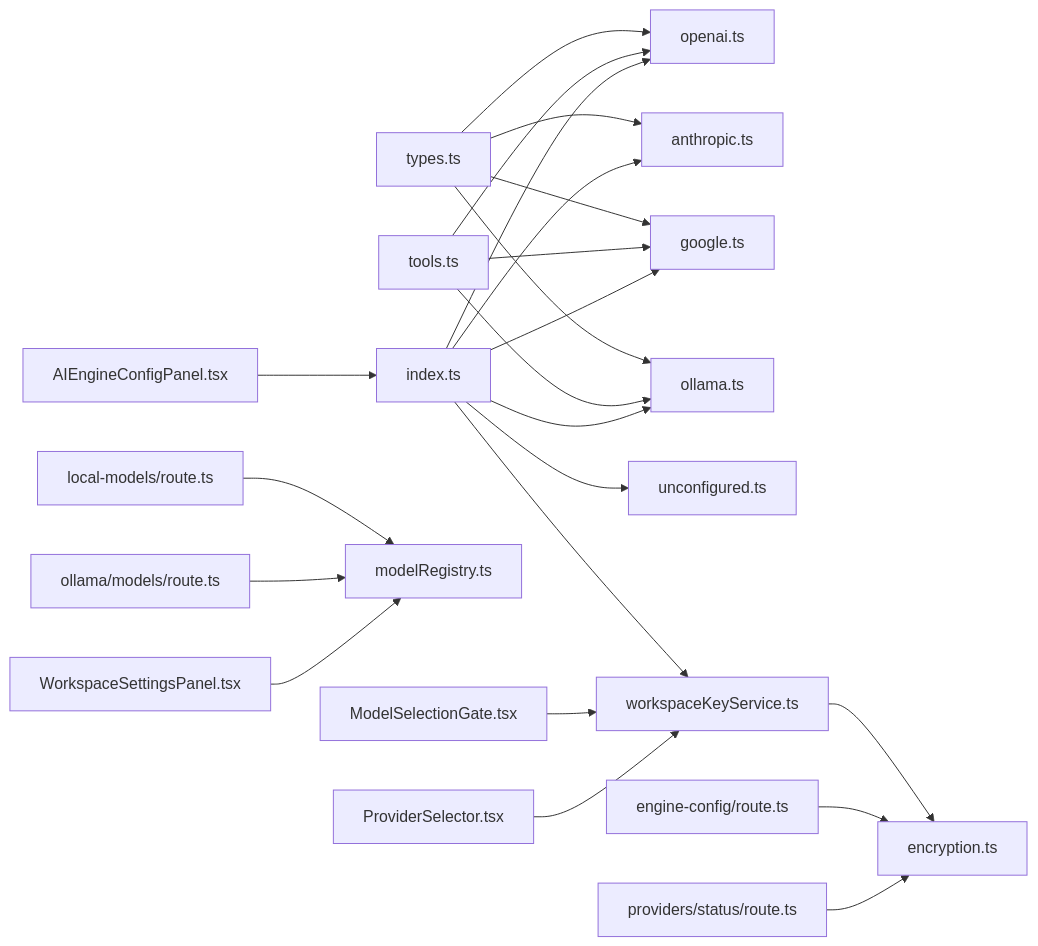
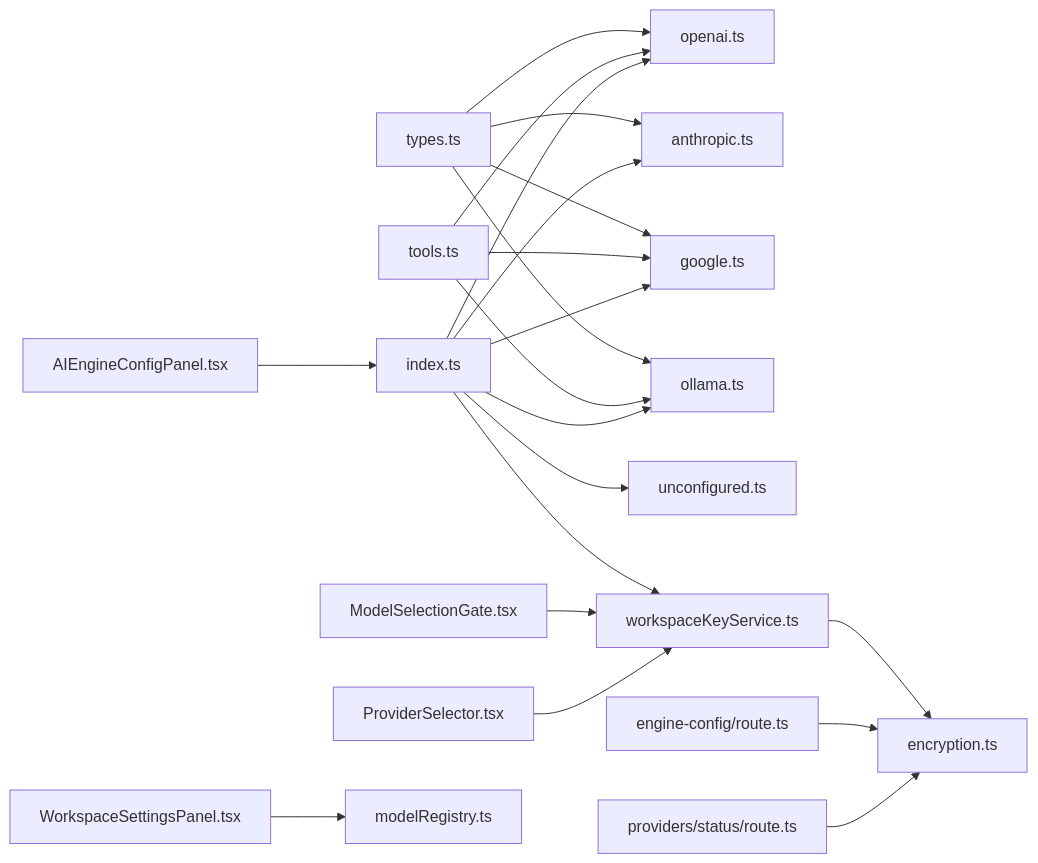
Before and after one commit to shekhargiri005-dotcom/AI-powered-accessibility-first-UI-engine: diagram 11 of 11 in .qoder/repowiki/en/content/AI Generation Engine/AI Provider Adapters/AI Provider Adapters.md, drawn with Mermaid. The commit also changed other lines of this file and 6 other files, not shown here.

First line of the commit message:
fix: VersionTimeline visibility and reduce inactivity timeout to 15min

````diff
--- a/.qoder/repowiki/en/content/AI Generation Engine/AI Provider Adapters/AI Provider Adapters.md
+++ b/.qoder/repowiki/en/content/AI Generation Engine/AI Provider Adapters/AI Provider Adapters.md
@@ -651,25 +536,23 @@
 ```mermaid
 graph LR
 TYPES["types.ts"] --> OA["openai.ts"]
 TYPES --> AA["anthropic.ts"]
 TYPES --> GA["google.ts"]
 TYPES --> OLA["ollama.ts"]
 TOOLS["tools.ts"] --> OA
 TOOLS --> GA
 TOOLS --> OLA
 IDX["index.ts"] --> OA
 IDX --> AA
 IDX --> GA
 IDX --> OLA
 IDX --> UNC["unconfigured.ts"]
 IDX --> WKS["workspaceKeyService.ts"]
 WKS --> ENC["encryption.ts"]
 API["engine-config/route.ts"] --> ENC
 PSTATUS["providers/status/route.ts"] --> ENC
-LMR["local-models/route.ts"] --> MR["modelRegistry.ts"]
-OMR["ollama/models/route.ts"] --> MR
 MSG["ModelSelectionGate.tsx"] --> WKS
 PS["ProviderSelector.tsx"] --> WKS
-WSP["WorkspaceSettingsPanel.tsx"] --> MR
+WSP["WorkspaceSettingsPanel.tsx"] --> MR["modelRegistry.ts"]
 CFG["AIEngineConfigPanel.tsx"] --> IDX
 ```
````
